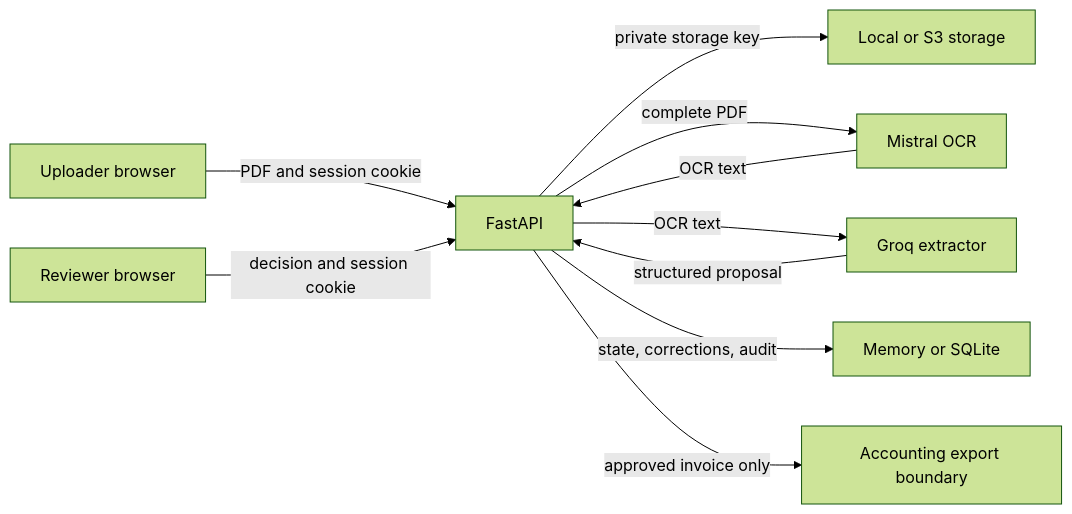
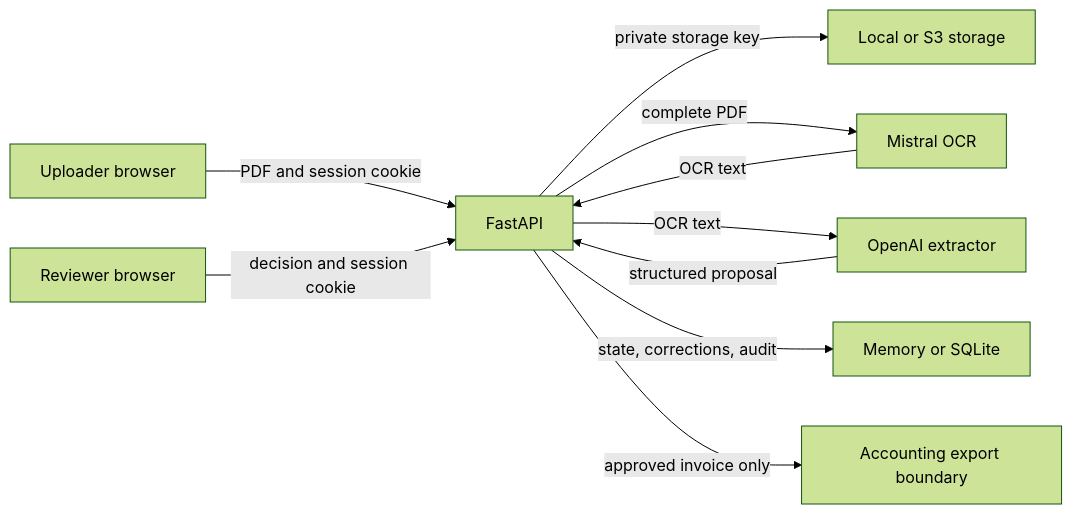
One commit to williamlo90/ai-document-ops-system changed the diagram in docs/security/security-assurance-v1.md. Above: the diagram before and after it, drawn with Mermaid (forest theme). The commit also changed other lines of this file and 16 other files, not shown here.

Commit message:
chore: migrate extractor configuration to OpenAI

````diff
--- a/docs/security/security-assurance-v1.md
+++ b/docs/security/security-assurance-v1.md
@@ -79,12 +79,12 @@
 ```mermaid
 flowchart LR
     U["Uploader browser"] -->|"PDF and session cookie"| API["FastAPI"]
     R["Reviewer browser"] -->|"decision and session cookie"| API
     API -->|"private storage key"| STORE["Local or S3 storage"]
     API -->|"complete PDF"| OCR["Mistral OCR"]
     OCR -->|"OCR text"| API
-    API -->|"OCR text"| LLM["Groq extractor"]
+    API -->|"OCR text"| LLM["OpenAI extractor"]
     LLM -->|"structured proposal"| API
     API -->|"state, corrections, audit"| DB["Memory or SQLite"]
     API -->|"approved invoice only"| OUT["Accounting export boundary"]
 ```
````
